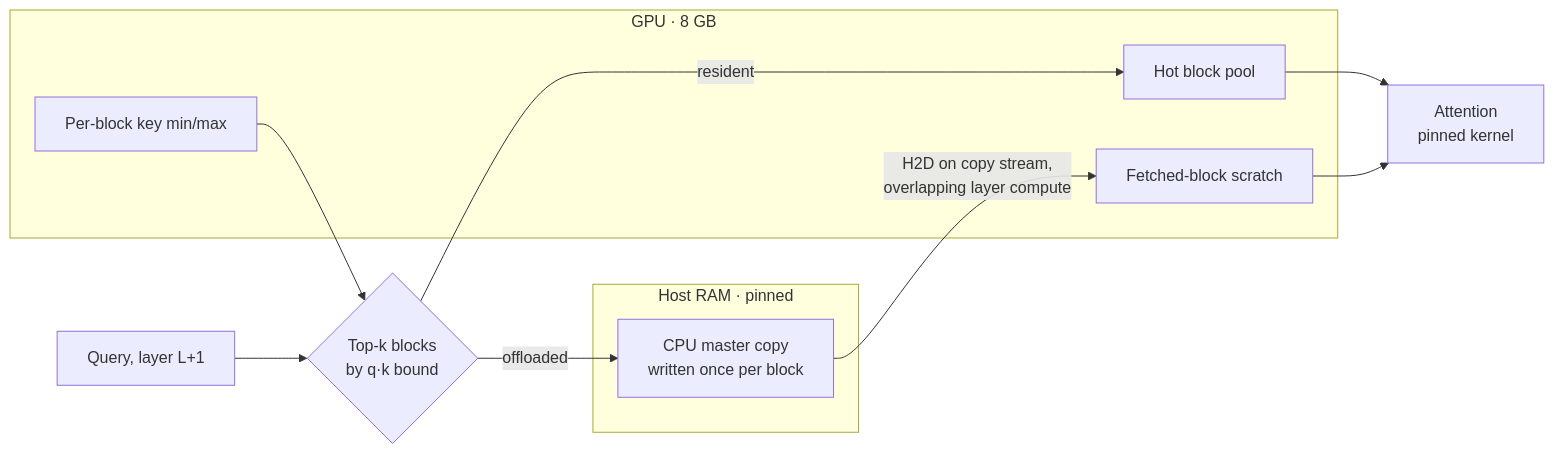
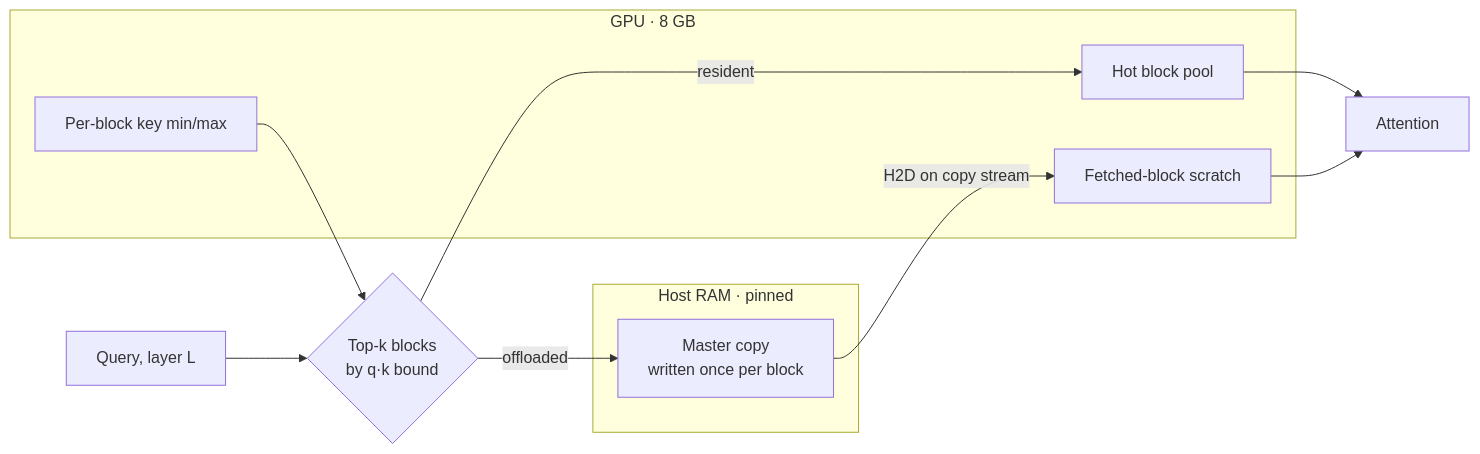
The diagram in README.md (PS12007/LazyKV), drawn with Mermaid before and after one commit. The commit also changed other lines of this file and 3 other files, not shown here.

````diff
--- a/README.md
+++ b/README.md
@@ -182,18 +91,18 @@
 ```mermaid
 flowchart LR
   subgraph GPU["GPU · 8 GB"]
     HP[Hot block pool]
     MD[Per-block key min/max]
     SD[Fetched-block scratch]
   end
   subgraph HOST["Host RAM · pinned"]
-    CP[CPU master copy<br/>written once per block]
+    CP[Master copy<br/>written once per block]
   end
-  Q[Query, layer L+1] --> SEL{Top-k blocks<br/>by q·k bound}
+  Q[Query, layer L] --> SEL{Top-k blocks<br/>by q·k bound}
   MD --> SEL
   SEL -->|resident| HP
   SEL -->|offloaded| CP
-  CP -->|H2D on copy stream,<br/>overlapping layer compute| SD
-  HP --> ATT[Attention<br/>pinned kernel]
+  CP -->|H2D on copy stream| SD
+  HP --> ATT[Attention]
   SD --> ATT
 ```
````
